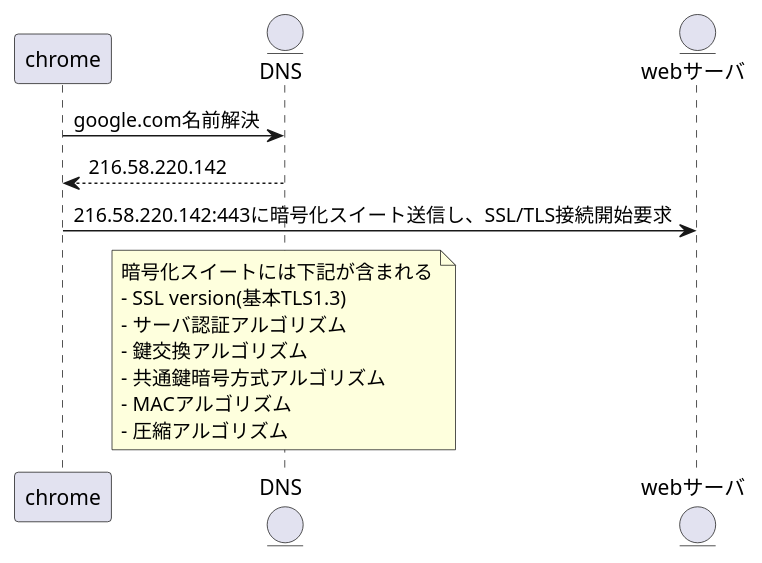
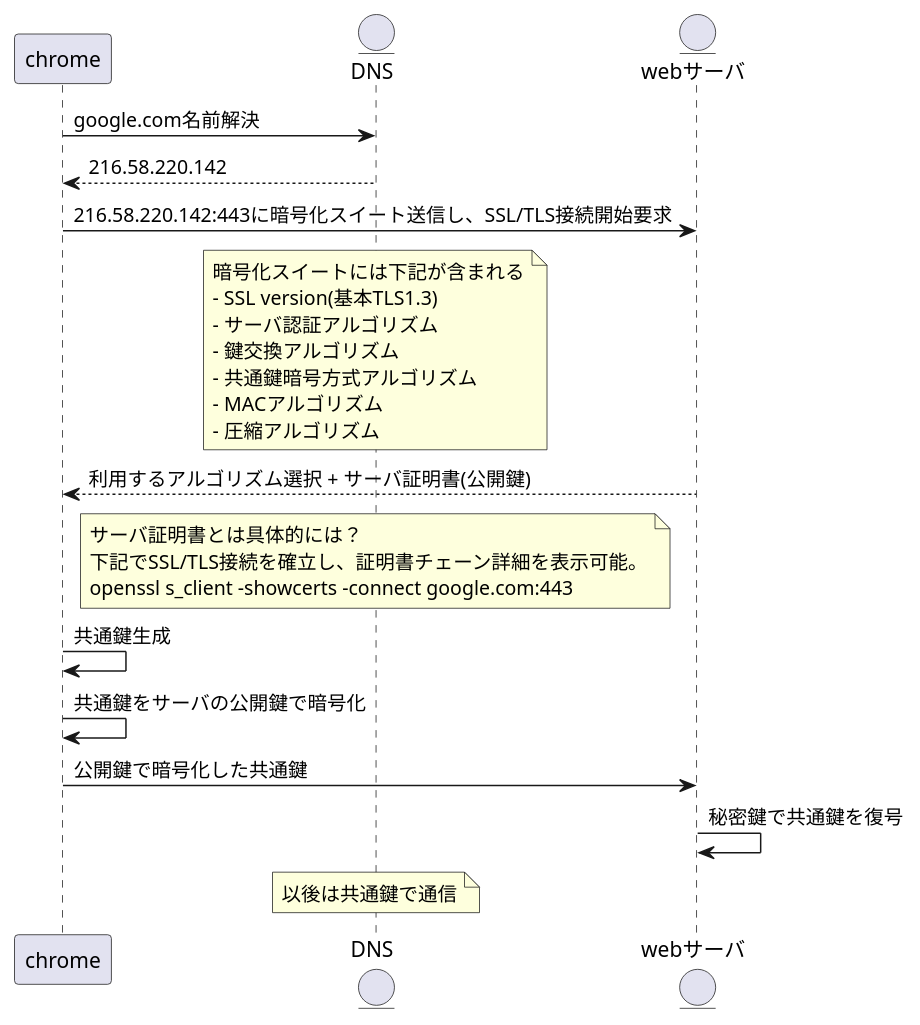
Before and after one commit to tokane888/manual: the diagram in learn/食べるSSL/https通信.pu, drawn with PlantUML. The commit also changed 2 other files, not shown here.

```diff
--- a/learn/食べるSSL/https通信.pu
+++ b/learn/食べるSSL/https通信.pu
@@ -1,22 +1,33 @@
 @startuml chromeでhttps://google.comを開く
 
 participant chrome
 entity DNS
 entity webサーバ
 
 chrome -> DNS: google.com名前解決
 DNS --> chrome: 216.58.220.142
 chrome -> webサーバ: 216.58.220.142:443に暗号化スイート送信し、SSL/TLS接続開始要求
 note over DNS
     暗号化スイートには下記が含まれる
     - SSL version(基本TLS1.3)
     - サーバ認証アルゴリズム
     - 鍵交換アルゴリズム
     - 共通鍵暗号方式アルゴリズム
     - MACアルゴリズム
     - 圧縮アルゴリズム
 end note
-
-
+webサーバ --> chrome: 利用するアルゴリズム選択 + サーバ証明書(公開鍵)
+note over DNS
+    サーバ証明書とは具体的には？
+    下記でSSL/TLS接続を確立し、証明書チェーン詳細を表示可能。
+    openssl s_client -showcerts -connect google.com:443
+end note
+chrome -> chrome: 共通鍵生成
+chrome -> chrome: 共通鍵をサーバの公開鍵で暗号化
+chrome -> webサーバ: 公開鍵で暗号化した共通鍵
+webサーバ -> webサーバ: 秘密鍵で共通鍵を復号
+note over DNS
+    以後は共通鍵で通信
+end note
 
 @enduml
```
